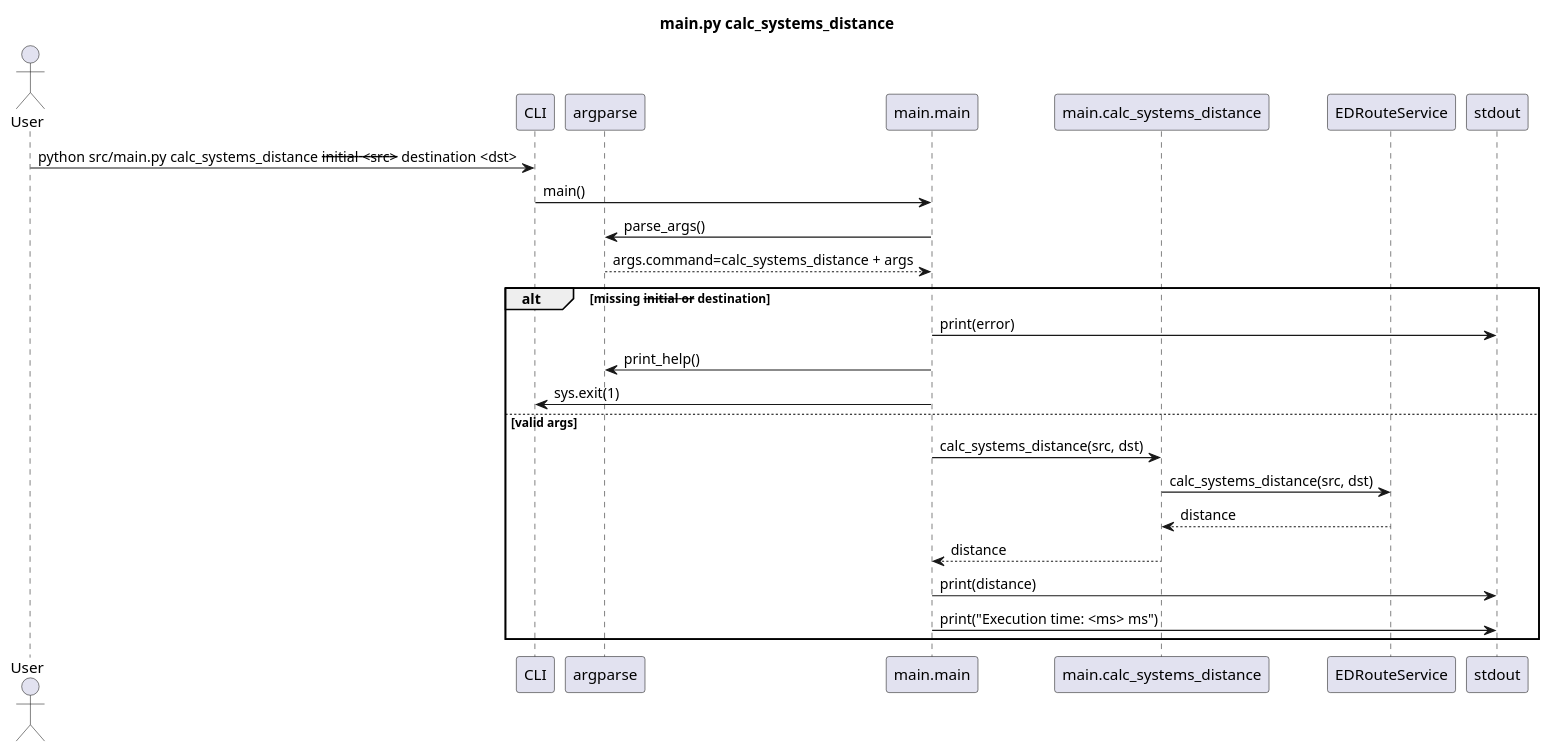
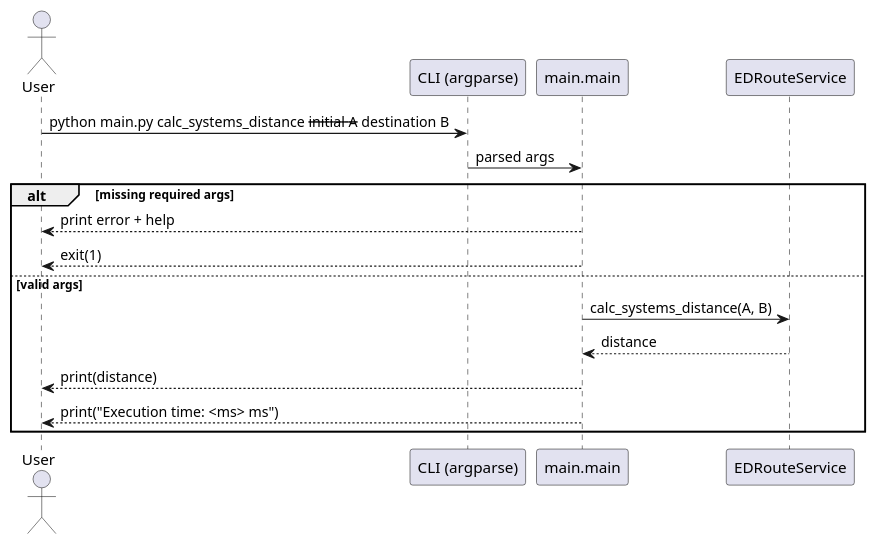
Before and after one commit to fazleskhan/elite_dangerous_discord_tools: the fourth of 5 diagrams in docs/main_sequences.puml, drawn with PlantUML. The commit also changed other lines of this file and 30 other files, not shown here.

Commit message:
updated code comments, README.md, and sequence diagrams. Added new sequence diagrams for the initialization of EDRouteService in both discord_bot.py and main.py. blacked the source

```diff
--- a/docs/main_sequences.puml
+++ b/docs/main_sequences.puml
@@ -102,29 +64,19 @@
-@startuml Calculate Systems Distance Sequence Diagram
-title main.py calc_systems_distance
+@startuml calc_systems_distance
+actor User
+participant "CLI (argparse)" as CLI
+participant "main.main" as Main
+participant "EDRouteService" as Route
 
-actor User
-participant "CLI" as CLI
-participant "argparse" as Parser
-participant "main.main" as Main
-participant "main.calc_systems_distance" as CalcDistance
-participant "EDRouteService" as Service
-participant "stdout" as Out
+User -> CLI : python main.py calc_systems_distance --initial A --destination B
+CLI -> Main : parsed args
 
-User -> CLI: python src/main.py calc_systems_distance --initial <src> --destination <dst>
-CLI -> Main: main()
-Main -> Parser: parse_args()
-Parser --> Main: args.command=calc_systems_distance + args
-
-alt missing --initial or --destination
-  Main -> Out: print(error)
-  Main -> Parser: print_help()
-  Main -> CLI: sys.exit(1)
+alt missing required args
+  Main --> User : print error + help
+  Main --> User : exit(1)
 else valid args
-  Main -> CalcDistance: calc_systems_distance(src, dst)
-  CalcDistance -> Service: calc_systems_distance(src, dst)
-  Service --> CalcDistance: distance
-  CalcDistance --> Main: distance
-  Main -> Out: print(distance)
-  Main -> Out: print("Execution time: <ms> ms")
+  Main -> Route : calc_systems_distance(A, B)
+  Route --> Main : distance
+  Main --> User : print(distance)
+  Main --> User : print("Execution time: <ms> ms")
 end
 @enduml
```
